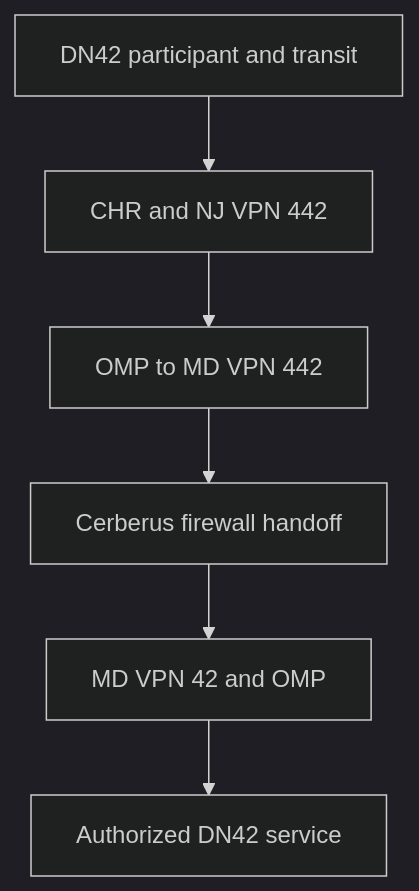
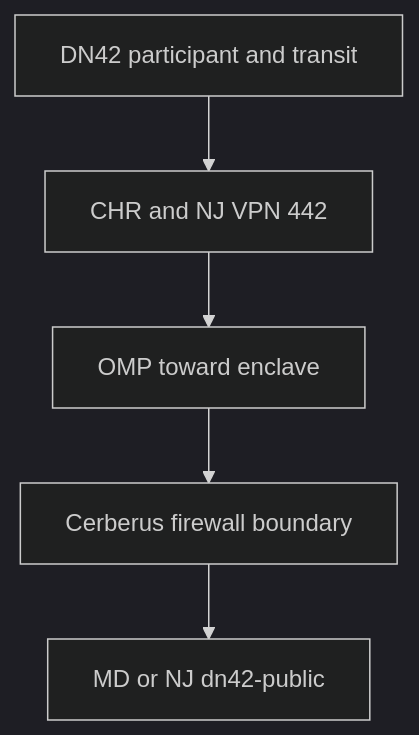
The first of 3 diagrams in docs/data-flows.md (ksmoove21/unsc-dn42), drawn with Mermaid (dark theme) before and after one commit. The commit also changed other lines of this file, not shown here.

Commit message:
Update DN42 data flows for public and private addressing

````diff
--- a/docs/data-flows.md
+++ b/docs/data-flows.md
@@ -21,8 +21,7 @@
 ```mermaid
 flowchart TB
   A["DN42 participant and transit"] --> B["CHR and NJ VPN 442"]
-  B --> C["OMP to MD VPN 442"]
-  C --> D["Cerberus firewall handoff"]
-  D --> E["MD VPN 42 and OMP"]
-  E --> F["Authorized DN42 service"]
+  B --> C["OMP toward enclave"]
+  C --> D["Cerberus firewall boundary"]
+  D --> E["MD or NJ dn42-public"]
 ```
````
